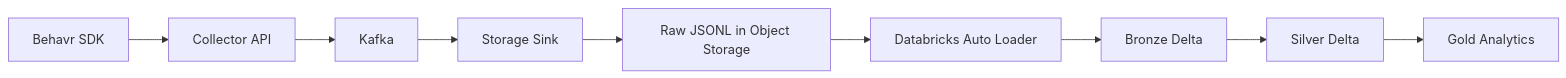
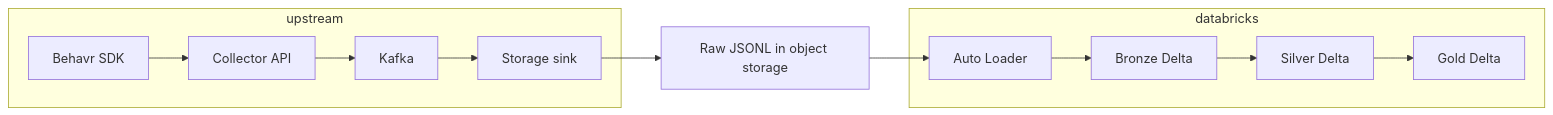
The diagram in README.md (behavrhq/behavr-lakehouse), drawn with Mermaid before and after one commit. The commit also changed other lines of this file, not shown here.

````diff
--- a/README.md
+++ b/README.md
@@ -7,23 +11,27 @@
 ```mermaid
 flowchart LR
-    A[Behavr SDK]
-    B[Collector API]
-    C[Kafka]
-    D[Storage Sink]
-    E[Raw JSONL in Object Storage]
+    subgraph upstream
+        A[Behavr SDK]
+        B[Collector API]
+        C[Kafka]
+        D[Storage sink]
+    end
 
-    F[Databricks Auto Loader]
-    G[Bronze Delta]
-    H[Silver Delta]
-    I[Gold Analytics]
+    E[Raw JSONL in object storage]
+
+    subgraph databricks
+        F[Auto Loader]
+        G[Bronze Delta]
+        H[Silver Delta]
+        I[Gold Delta]
+    end
 
     A --> B
     B --> C
     C --> D
     D --> E
-
     E --> F
     F --> G
     G --> H
     H --> I
 ```
````
